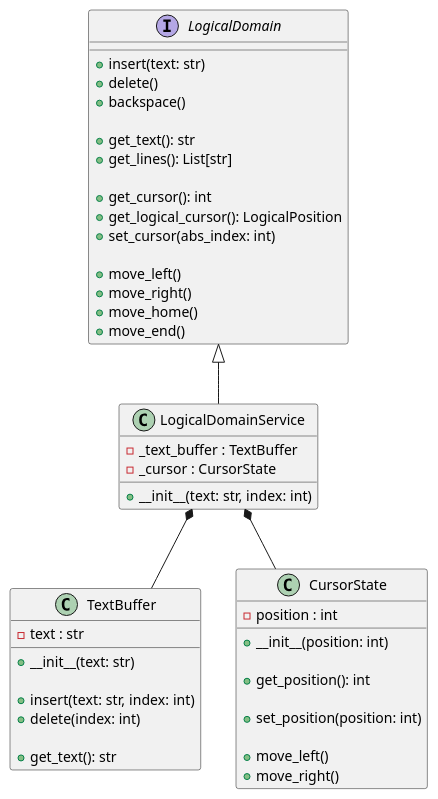
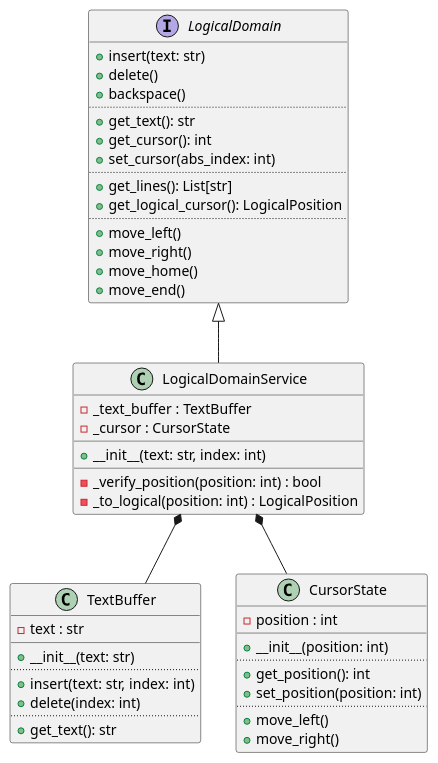
Before and after one commit to JoeRittiner/TextEngine: the diagram in docs/source/specs/architecture/diagrams/class-logical_domain.puml, drawn with PlantUML. The commit also changed 4 other files, not shown here.

First line of the commit message:
doc: Remove `home` and `end` commands from Cursor State

```diff
--- a/docs/source/specs/architecture/diagrams/class-logical_domain.puml
+++ b/docs/source/specs/architecture/diagrams/class-logical_domain.puml
@@ -1,62 +1,64 @@
 @startuml
 
 interface LogicalDomain {
-    + insert(text: str)
-    + delete()
-    + backspace()
-
-    + get_text(): str
-    + get_lines(): List[str]
-
-    + get_cursor(): int
-    + get_logical_cursor(): LogicalPosition
-    + set_cursor(abs_index: int)
-
-    + move_left()
-    + move_right()
-    + move_home()
-    + move_end()
+    +insert(text: str)
+    +delete()
+    +backspace()
+    ..
+    +get_text(): str
+    +get_cursor(): int
+    +set_cursor(abs_index: int)
+    ..
+    +get_lines(): List[str]
+    +get_logical_cursor(): LogicalPosition
+    ..
+    +move_left()
+    +move_right()
+    +move_home()
+    +move_end()
 }
 
 class LogicalDomainService {
-    - _text_buffer : TextBuffer
-    - _cursor : CursorState
-
-    + __init__(text: str, index: int)
+    -_text_buffer : TextBuffer
+    -_cursor : CursorState
+    __
+    +__init__(text: str, index: int)
+    __
+    -_verify_position(position: int) : bool
+    -_to_logical(position: int) : LogicalPosition
 }
 
 class TextBuffer {
-    - text : str
-
-    + __init__(text: str)
-
-    + insert(text: str, index: int)
-    + delete(index: int)
+    -text : str
+    __
+    +__init__(text: str)
+    ..
+    +insert(text: str, index: int)
+    +delete(index: int)
     ' backspace is not a buffer operation
-
-    + get_text(): str
+    ..
+    +get_text(): str
 }
 
 class CursorState {
-    - position : int
-
-    + __init__(position: int)
-
-    + get_position(): int
-
-    + set_position(position: int)
-
-    + move_left()
-    + move_right()
+    -position : int
+    __
+    +__init__(position: int)
+    ..
+    +get_position(): int
+    +set_position(position: int)
+    ..
+    +move_left()
+    +move_right()
 }
 
 ' ----
 
 LogicalDomain <|-- LogicalDomainService
 
 ' ----
 
 LogicalDomainService *-- TextBuffer
 LogicalDomainService *-- CursorState
 
 @enduml
```
